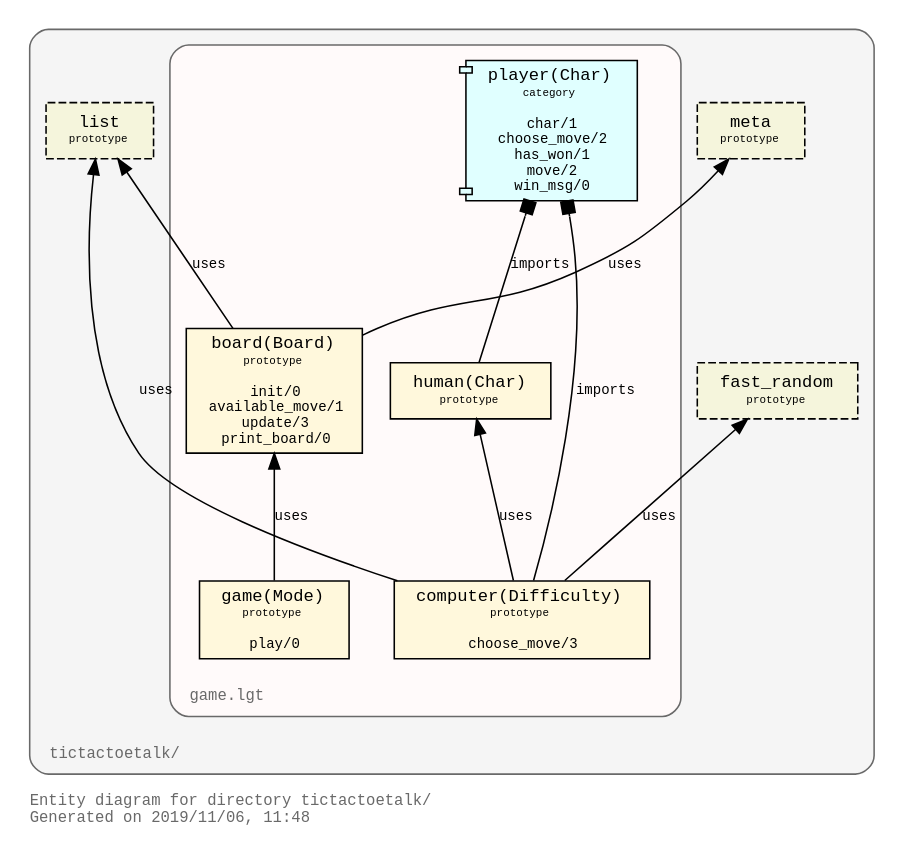
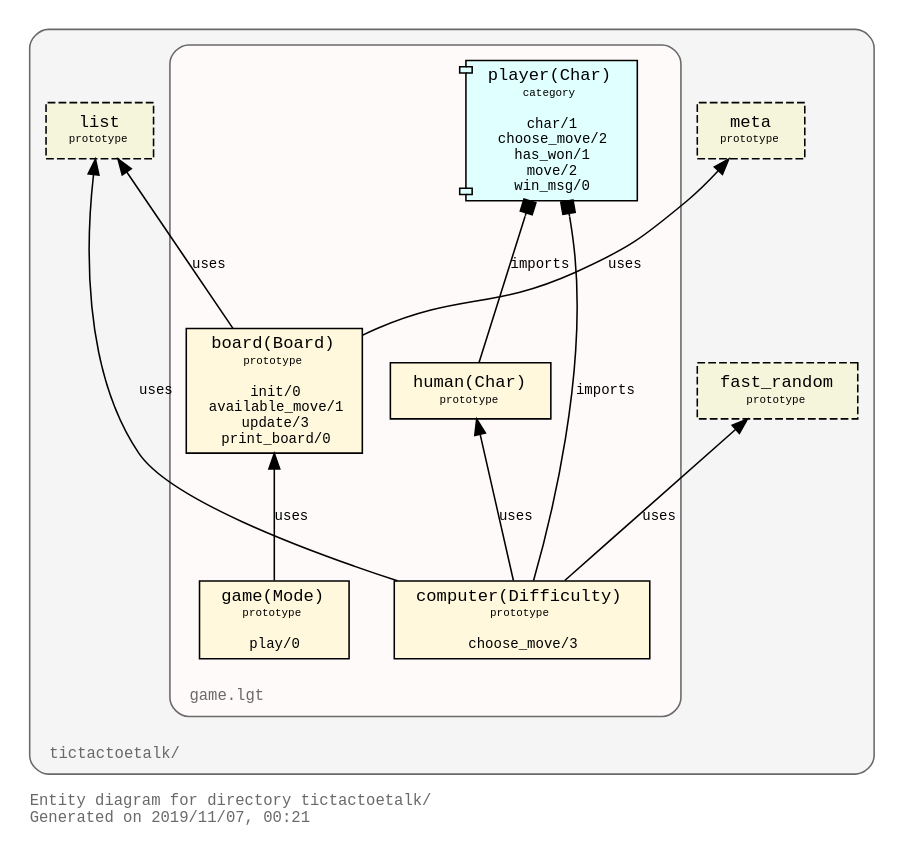
Before and after one commit to PaulBrownMagic/TicTacToeTalk: the diagram in design/tictactoetalk_entity_diagram.dot, drawn with Graphviz. The commit also changed 15 other files, not shown here.

Commit message:
Updated graphviz diagrams

```diff
--- a/design/tictactoetalk_entity_diagram.dot
+++ b/design/tictactoetalk_entity_diagram.dot
@@ -1,59 +1,59 @@
 digraph "tictactoetalk" {
 rankdir="BT"
 ranksep="1.0"
 compound="true"
 splines="true"
 pack="true"
 clusterrank="local"
 labeljust="l"
 margin="1.0"
 fontname="Courier"
 fontsize="10"
 fontcolor="dimgray"
 pencolor="dimgray"
 node [shape="ellipse",style="filled",fillcolor="white",fontname="Courier",fontsize="9"]
 edge [fontname="Courier",fontsize="9"]
-label="Entity diagram for directory tictactoetalk/\lGenerated on 2019/11/06, 11:48\l"
+label="Entity diagram for directory tictactoetalk/\lGenerated on 2019/11/07, 00:21\l"
 
 subgraph "cluster_directory_tictactoetalk" {
 bgcolor="whitesmoke"
 style="rounded"
 margin="10"
 label=<<TABLE border="0" cellborder="0"><TR><TD tooltip="tictactoetalk/">tictactoetalk/</TD></TR></TABLE>>
 tooltip="tictactoetalk/"
 subgraph "cluster_file_/home/paul/Development/tictactoetalk/loader.lgt" {
 bgcolor="snow"
 style="rounded"
 margin="10"
 label=<<TABLE border="0" cellborder="0"><TR><TD tooltip="tictactoetalk/loader.lgt">loader.lgt</TD></TR></TABLE>>
 tooltip="tictactoetalk/loader.lgt"
 }
 
 subgraph "cluster_file_/home/paul/Development/tictactoetalk/game.lgt" {
 bgcolor="snow"
 style="rounded"
 margin="10"
 label=<<TABLE border="0" cellborder="0"><TR><TD tooltip="tictactoetalk/game.lgt">game.lgt</TD></TR></TABLE>>
 tooltip="tictactoetalk/game.lgt"
 "board(Board)" [shape="box",tooltip="prototype",style="filled",fillcolor="cornsilk",label=<<TABLE border="0" cellborder="0" cellspacing="0" cellpadding="0"><TR><TD> </TD><TD><FONT POINT-SIZE="11">board(Board)</FONT></TD><TD> </TD></TR><TR><TD> </TD><TD><FONT POINT-SIZE="7">prototype</FONT></TD><TD> </TD></TR><TR><TD> </TD></TR><TR><TD> </TD><TD>init/0</TD><TD> </TD></TR><TR><TD> </TD><TD>available_move/1</TD><TD> </TD></TR><TR><TD> </TD><TD>update/3</TD><TD> </TD></TR><TR><TD> </TD><TD>print_board/0</TD><TD> </TD></TR></TABLE>>]
 "human(Char)" [shape="box",tooltip="prototype",style="filled",fillcolor="cornsilk",label=<<TABLE border="0" cellborder="0" cellspacing="0" cellpadding="0"><TR><TD> </TD><TD><FONT POINT-SIZE="11">human(Char)</FONT></TD><TD> </TD></TR><TR><TD> </TD><TD><FONT POINT-SIZE="7">prototype</FONT></TD><TD> </TD></TR></TABLE>>]
 "computer(Difficulty)" [shape="box",tooltip="prototype",style="filled",fillcolor="cornsilk",label=<<TABLE border="0" cellborder="0" cellspacing="0" cellpadding="0"><TR><TD> </TD><TD><FONT POINT-SIZE="11">computer(Difficulty)</FONT></TD><TD> </TD></TR><TR><TD> </TD><TD><FONT POINT-SIZE="7">prototype</FONT></TD><TD> </TD></TR><TR><TD> </TD></TR><TR><TD> </TD><TD>choose_move/3</TD><TD> </TD></TR></TABLE>>]
 "game(Mode)" [shape="box",tooltip="prototype",style="filled",fillcolor="cornsilk",label=<<TABLE border="0" cellborder="0" cellspacing="0" cellpadding="0"><TR><TD> </TD><TD><FONT POINT-SIZE="11">game(Mode)</FONT></TD><TD> </TD></TR><TR><TD> </TD><TD><FONT POINT-SIZE="7">prototype</FONT></TD><TD> </TD></TR><TR><TD> </TD></TR><TR><TD> </TD><TD>play/0</TD><TD> </TD></TR></TABLE>>]
 "player(Char)" [shape="component",tooltip="category",style="filled",fillcolor="lightcyan",label=<<TABLE border="0" cellborder="0" cellspacing="0" cellpadding="0"><TR><TD> </TD><TD><FONT POINT-SIZE="11">player(Char)</FONT></TD><TD> </TD></TR><TR><TD> </TD><TD><FONT POINT-SIZE="7">category</FONT></TD><TD> </TD></TR><TR><TD> </TD></TR><TR><TD> </TD><TD>char/1</TD><TD> </TD></TR><TR><TD> </TD><TD>choose_move/2</TD><TD> </TD></TR><TR><TD> </TD><TD>has_won/1</TD><TD> </TD></TR><TR><TD> </TD><TD>move/2</TD><TD> </TD></TR><TR><TD> </TD><TD>win_msg/0</TD><TD> </TD></TR></TABLE>>]
 }
 
 "list" [shape="box",tooltip="prototype",style="filled,dashed",fillcolor="beige",label=<<TABLE border="0" cellborder="0" cellspacing="0" cellpadding="0"><TR><TD> </TD><TD><FONT POINT-SIZE="11">list</FONT></TD><TD> </TD></TR><TR><TD> </TD><TD><FONT POINT-SIZE="7">prototype</FONT></TD><TD> </TD></TR></TABLE>>]
 "meta" [shape="box",tooltip="prototype",style="filled,dashed",fillcolor="beige",label=<<TABLE border="0" cellborder="0" cellspacing="0" cellpadding="0"><TR><TD> </TD><TD><FONT POINT-SIZE="11">meta</FONT></TD><TD> </TD></TR><TR><TD> </TD><TD><FONT POINT-SIZE="7">prototype</FONT></TD><TD> </TD></TR></TABLE>>]
 "fast_random" [shape="box",tooltip="prototype",style="filled,dashed",fillcolor="beige",label=<<TABLE border="0" cellborder="0" cellspacing="0" cellpadding="0"><TR><TD> </TD><TD><FONT POINT-SIZE="11">fast_random</FONT></TD><TD> </TD></TR><TR><TD> </TD><TD><FONT POINT-SIZE="7">prototype</FONT></TD><TD> </TD></TR></TABLE>>]
 "list" [shape="box",tooltip="prototype",style="filled,dashed",fillcolor="beige",label=<<TABLE border="0" cellborder="0" cellspacing="0" cellpadding="0"><TR><TD> </TD><TD><FONT POINT-SIZE="11">list</FONT></TD><TD> </TD></TR><TR><TD> </TD><TD><FONT POINT-SIZE="7">prototype</FONT></TD><TD> </TD></TR></TABLE>>]
 "board(Board)" -> "list" [arrowhead="normal",labeltooltip="uses",label=<uses>]
 "board(Board)" -> "meta" [arrowhead="normal",labeltooltip="uses",label=<uses>]
 "human(Char)" -> "player(Char)" [arrowhead="box",labeltooltip="imports",label=<imports>]
 "computer(Difficulty)" -> "player(Char)" [arrowhead="box",labeltooltip="imports",label=<imports>]
 "computer(Difficulty)" -> "human(Char)" [arrowhead="normal",labeltooltip="uses",label=<uses>]
 "computer(Difficulty)" -> "fast_random" [arrowhead="normal",labeltooltip="uses",label=<uses>]
 "computer(Difficulty)" -> "list" [arrowhead="normal",labeltooltip="uses",label=<uses>]
 "game(Mode)" -> "board(Board)" [arrowhead="normal",labeltooltip="uses",label=<uses>]
 }
 
 }
```
